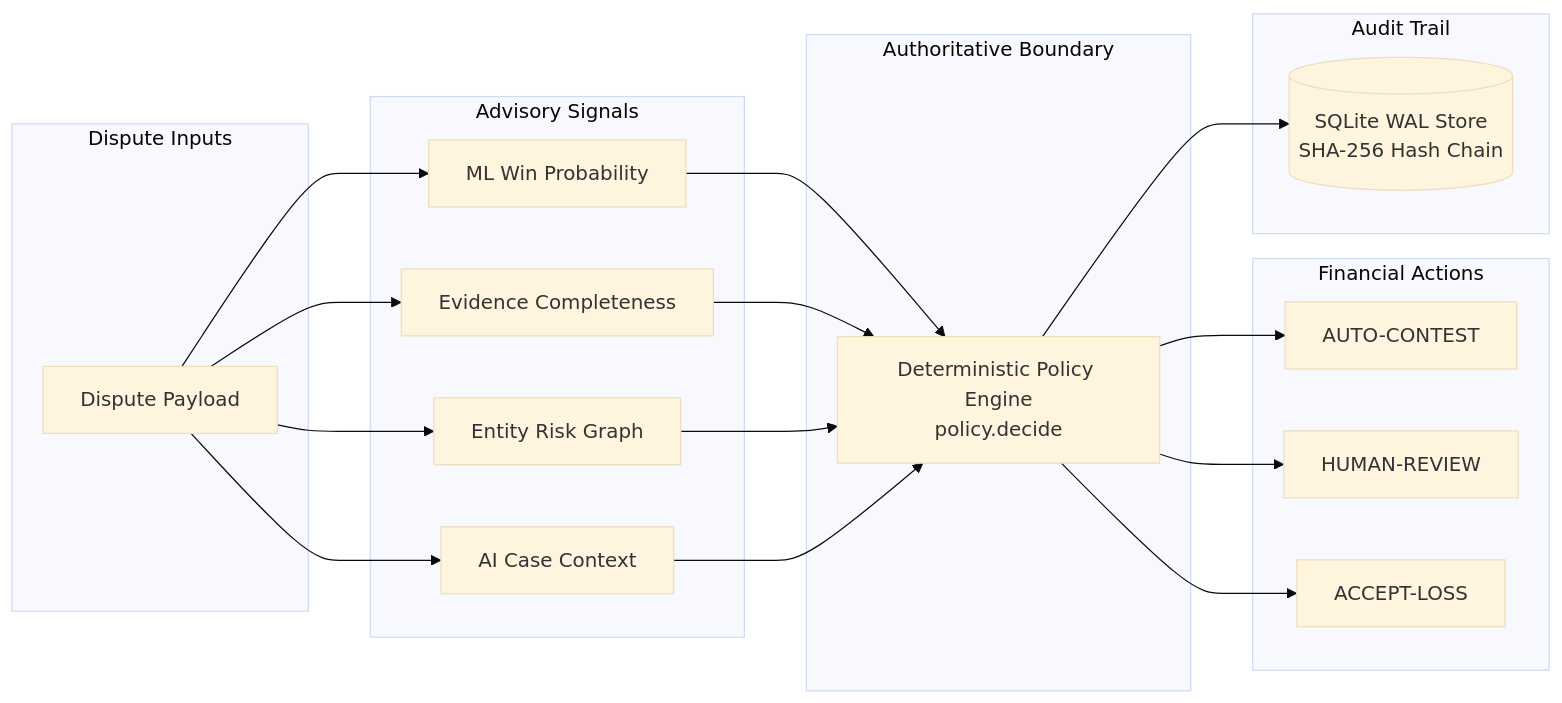
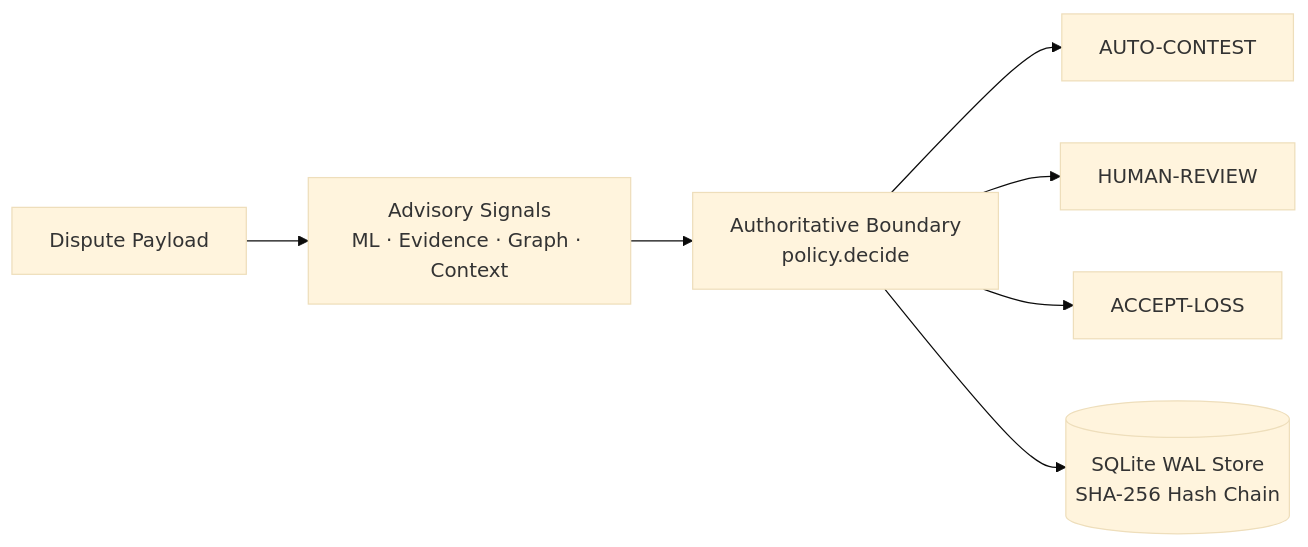
Before and after one commit to Jagadeesh58/chargeback-risk-engine: the diagram in README.md, drawn with Mermaid (base theme). The commit also changed other lines of this file and 8 other files, not shown here.

````diff
--- a/README.md
+++ b/README.md
@@ -9,28 +9,9 @@
 ```mermaid
 flowchart LR
-    subgraph Inputs[Dispute Inputs]
-        A[Dispute Payload]
-    end
-    subgraph Signals[Advisory Signals]
-        B[ML Win Probability]
-        C[Evidence Completeness]
-        D[Entity Risk Graph]
-        E[AI Case Context]
-    end
-    subgraph Policy[Authoritative Boundary]
-        F[Deterministic Policy Engine<br/>policy.decide]
-    end
-    subgraph Actions[Financial Actions]
-        G[AUTO-CONTEST]
-        H[HUMAN-REVIEW]
-        I[ACCEPT-LOSS]
-    end
-    subgraph Storage[Audit Trail]
-        J[(SQLite WAL Store<br/>SHA-256 Hash Chain)]
-    end
-
-    A --> B & C & D & E
-    B & C & D & E --> F
-    F --> G & H & I
-    F --> J
+    A[Dispute Payload] --> B[Advisory Signals<br/>ML · Evidence · Graph · Context]
+    B --> C[Authoritative Boundary<br/>policy.decide]
+    C --> D[AUTO-CONTEST]
+    C --> E[HUMAN-REVIEW]
+    C --> F[ACCEPT-LOSS]
+    C --> G[(SQLite WAL Store<br/>SHA-256 Hash Chain)]
 ```
````
